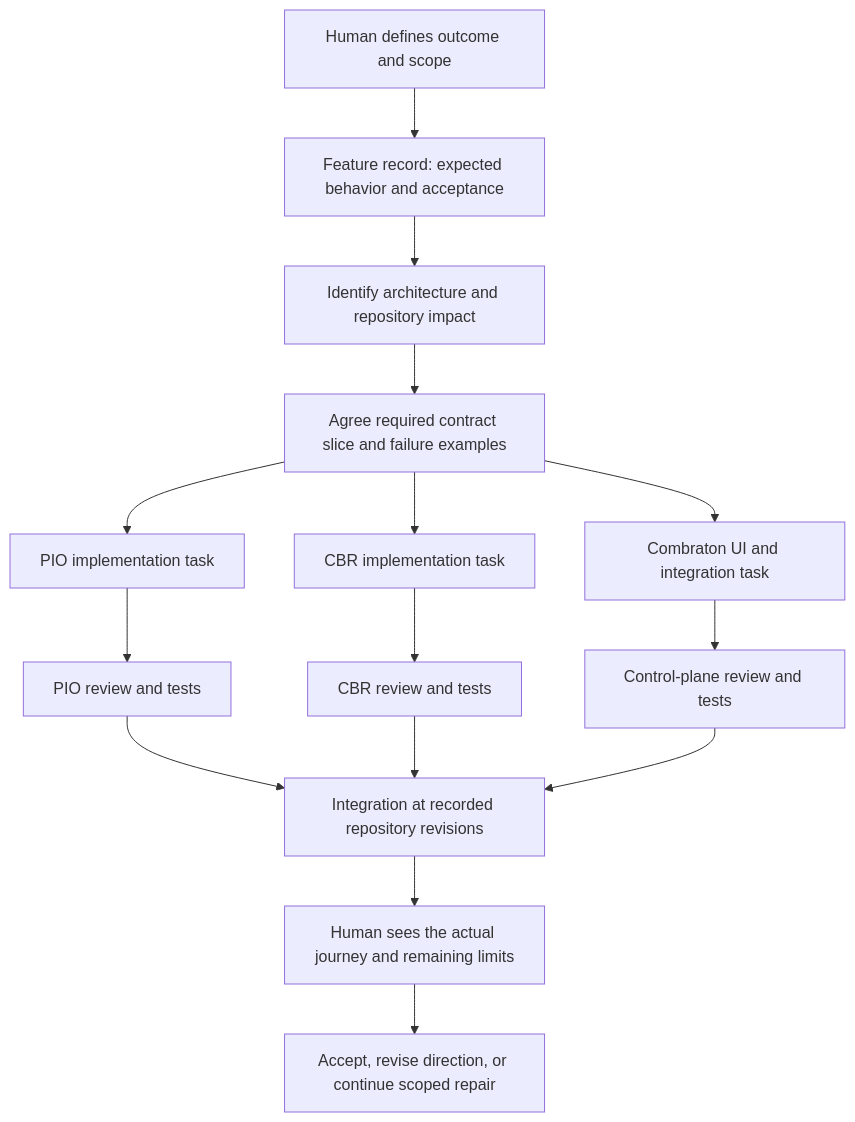
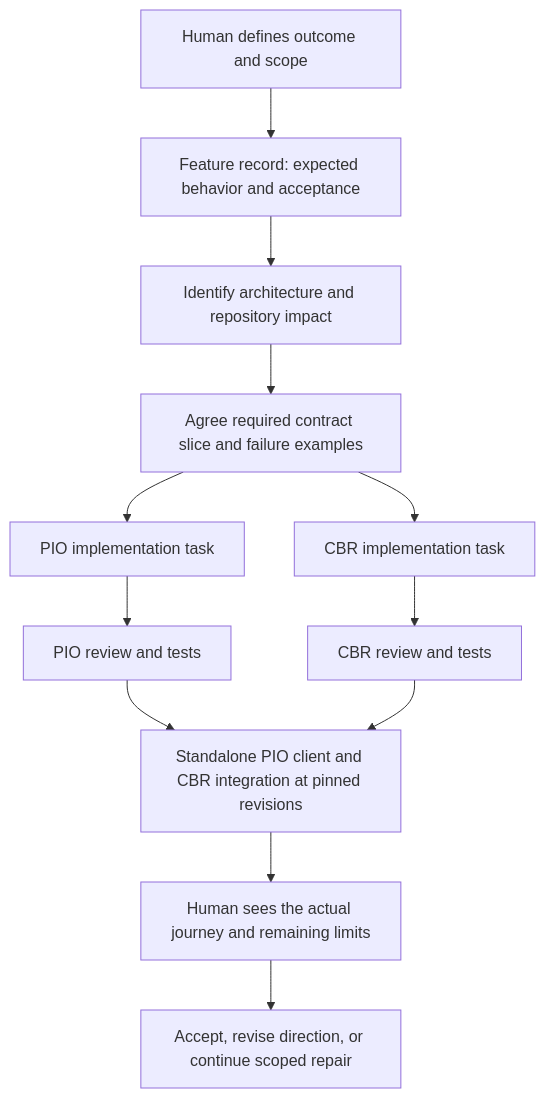
Before and after one commit to Combraton/combraton: the first of 2 diagrams in docs/DEVELOPMENT.md, drawn with Mermaid. The commit also changed other lines of this file and 21 other files, not shown here.

Commit message:
Adopt standalone-first releases and PIO client evaluation

````diff
--- a/docs/DEVELOPMENT.md
+++ b/docs/DEVELOPMENT.md
@@ -46,17 +48,14 @@
 ```mermaid
 flowchart TD
     H[Human defines outcome and scope] --> F[Feature record: expected behavior and acceptance]
     F --> A[Identify architecture and repository impact]
     A --> K[Agree required contract slice and failure examples]
     K --> P[PIO implementation task]
     K --> B[CBR implementation task]
-    K --> C[Combraton UI and integration task]
     P --> PR[PIO review and tests]
     B --> BR[CBR review and tests]
-    C --> CR[Control-plane review and tests]
-    PR --> I[Integration at recorded repository revisions]
+    PR --> I[Standalone PIO client and CBR integration at pinned revisions]
     BR --> I
-    CR --> I
     I --> J[Human sees the actual journey and remaining limits]
     J --> D[Accept, revise direction, or continue scoped repair]
 ```
````
